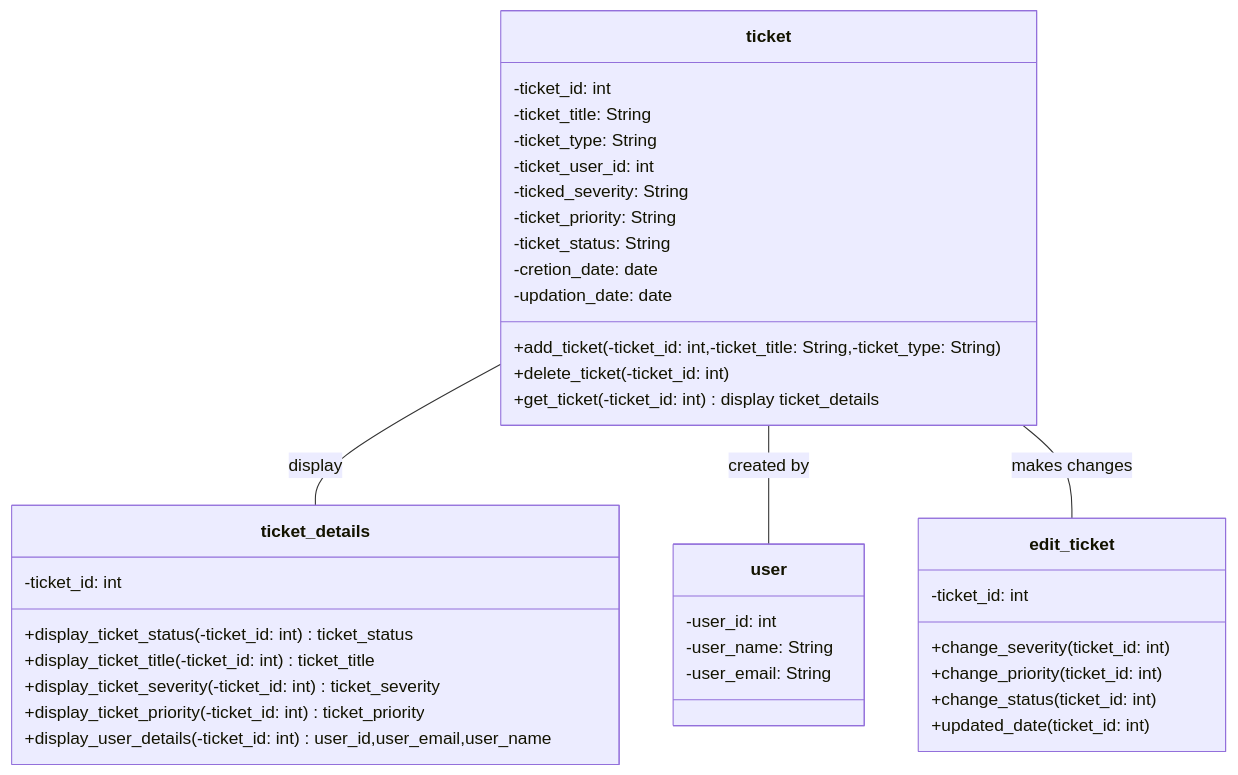
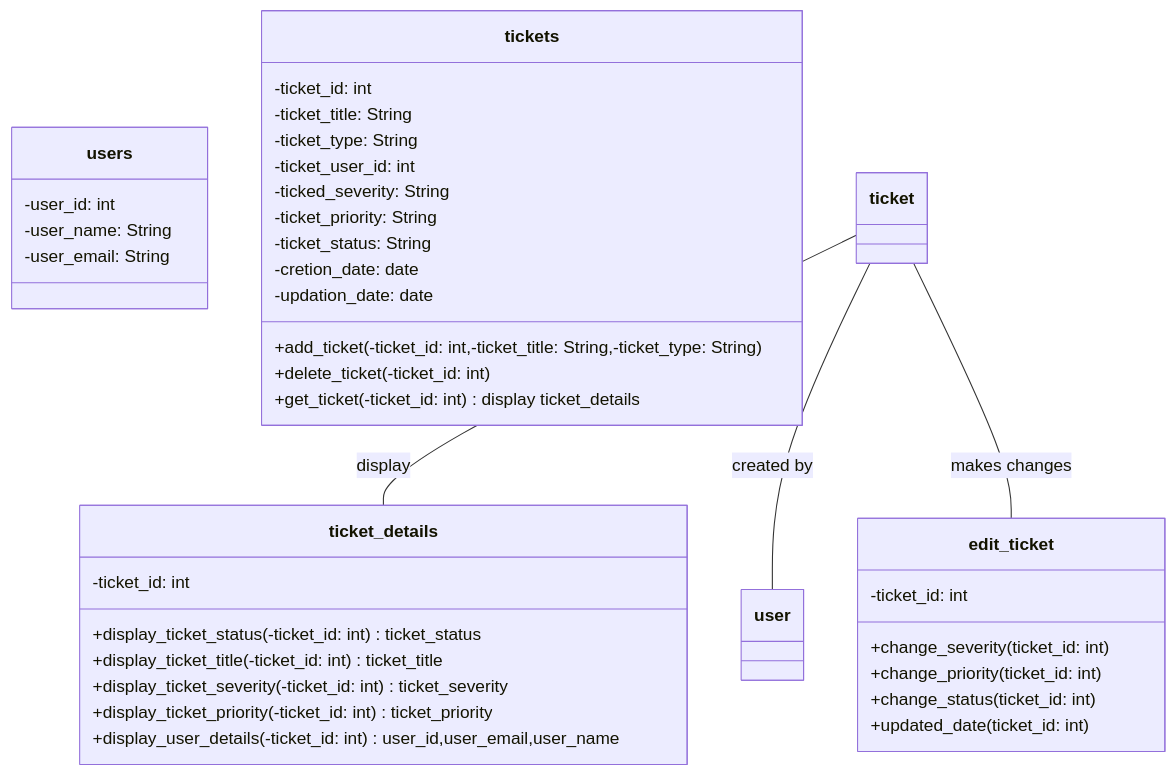
Before and after one commit to DheerajBisht07/Ticket-Management-Interface: the diagram in Ticket Management Database.mmd, drawn with Mermaid.

Commit message:
edited database file

```diff
--- a/Ticket Management Database.mmd
+++ b/Ticket Management Database.mmd
@@ -1,39 +1,39 @@
 classDiagram
 
-class user{
+class users{
  -user_id: int
  -user_name: String
  -user_email: String
 }
-class ticket{
+class tickets{
  -ticket_id: int
  -ticket_title: String 
  -ticket_type: String
  -ticket_user_id: int
  -ticked_severity: String
  -ticket_priority: String
  -ticket_status: String
  -cretion_date: date
  -updation_date: date
  +add_ticket(-ticket_id: int,-ticket_title: String,-ticket_type: String )
  +delete_ticket(-ticket_id: int)
  +get_ticket(-ticket_id: int) display ticket_details
 }
 class edit_ticket{
  -ticket_id: int
  +change_severity(ticket_id: int)
  +change_priority(ticket_id: int)
  +change_status(ticket_id: int)
  +updated_date(ticket_id: int)
 }
 class ticket_details{
 -ticket_id: int
  +display_ticket_status(-ticket_id: int)  ticket_status
  +display_ticket_title(-ticket_id: int)  ticket_title
  +display_ticket_severity(-ticket_id: int)  ticket_severity
  +display_ticket_priority(-ticket_id: int)  ticket_priority
  +display_user_details(-ticket_id: int) user_id,user_email,user_name
 }
  ticket -- ticket_details : display
  ticket -- user : created by
  ticket -- edit_ticket : makes changes
```
